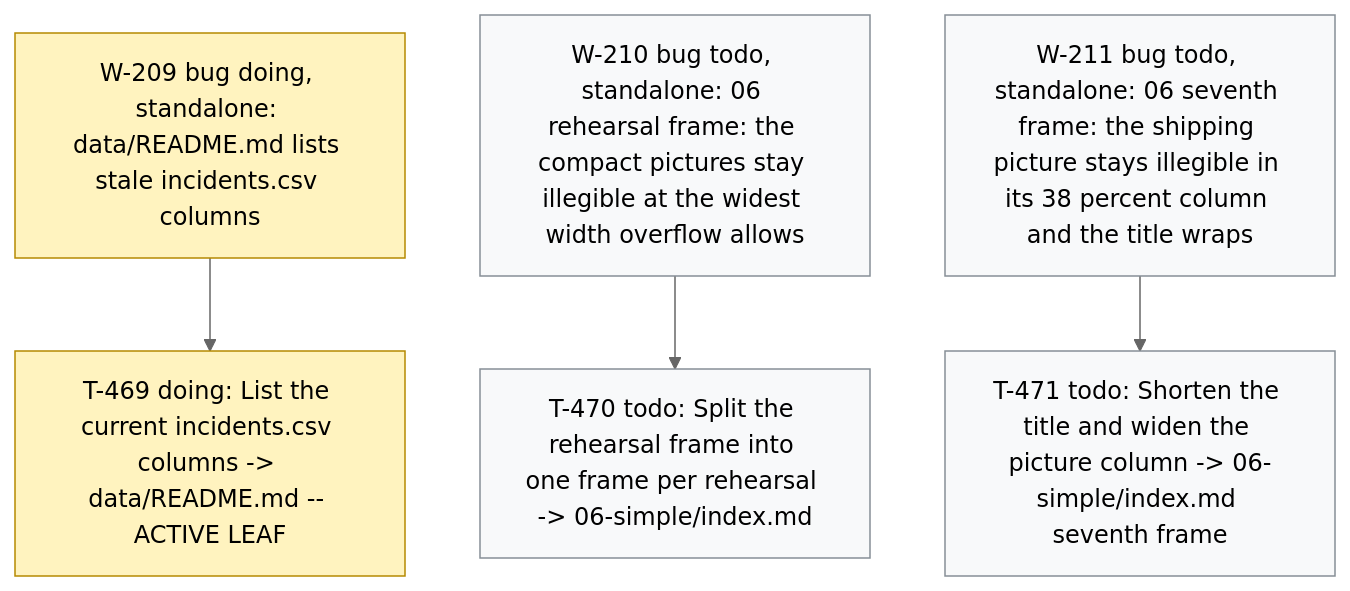
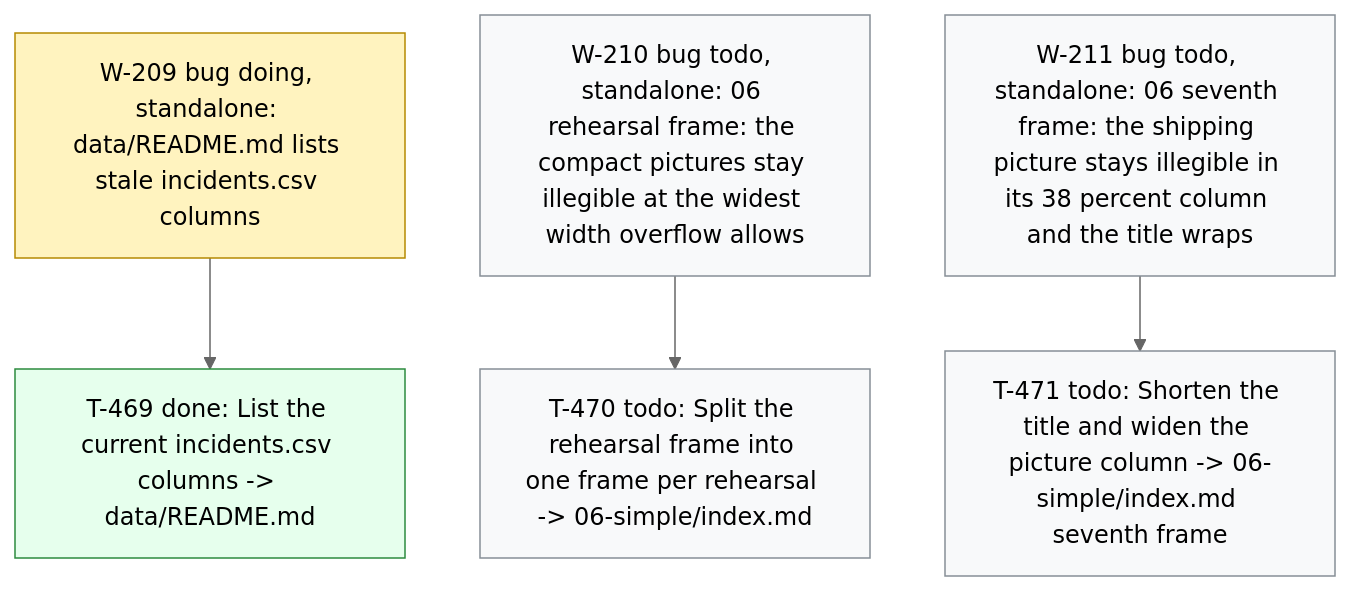
One commit to dpopchev/chaos-to-simple changed the diagram in .board/BOARD.md. Above: the diagram before and after it, drawn with Mermaid (neutral theme). The commit also changed other lines of this file and 1 other file, not shown here.

Commit message:
chore(board): close T-469 -- W-209 ready to land
Refs: W-209 T-469

````diff
--- a/.board/BOARD.md
+++ b/.board/BOARD.md
@@ -1234,16 +1234,17 @@
 ```mermaid
 flowchart TD
   W209["W-209 bug doing, standalone: data/README.md lists stale incidents.csv columns"]
-  W209 --> T469["T-469 doing: List the current incidents.csv columns -> data/README.md -- ACTIVE LEAF"]
+  W209 --> T469["T-469 done: List the current incidents.csv columns -> data/README.md"]
   W210["W-210 bug todo, standalone: 06 rehearsal frame: the compact pictures stay illegible at the widest width overflow allows"]
   W210 --> T470["T-470 todo: Split the rehearsal frame into one frame per rehearsal -> 06-simple/index.md"]
   W211["W-211 bug todo, standalone: 06 seventh frame: the shipping picture stays illegible in its 38 percent column and the title wraps"]
   W211 --> T471["T-471 todo: Shorten the title and widen the picture column -> 06-simple/index.md seventh frame"]
   classDef doing fill:#fff3bf,stroke:#b58900,color:#000;
   classDef blocked fill:#ffe3e3,stroke:#c92a2a,color:#000;
   classDef done fill:#e6ffed,stroke:#2b8a3e,color:#000;
   classDef todo fill:#f8f9fa,stroke:#868e96,color:#000;
   classDef pruned fill:#f1f3f5,stroke:#adb5bd,color:#000;
-  class W209,T469 doing
+  class W209 doing
+  class T469 done
   class W210,T470,W211,T471 todo
 ```
````
